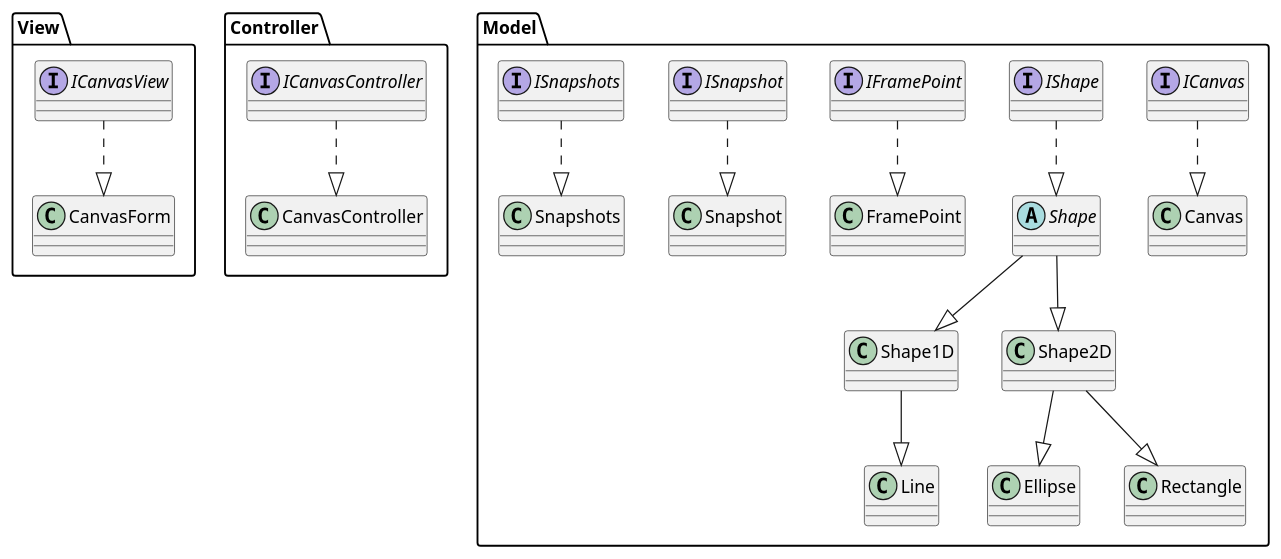
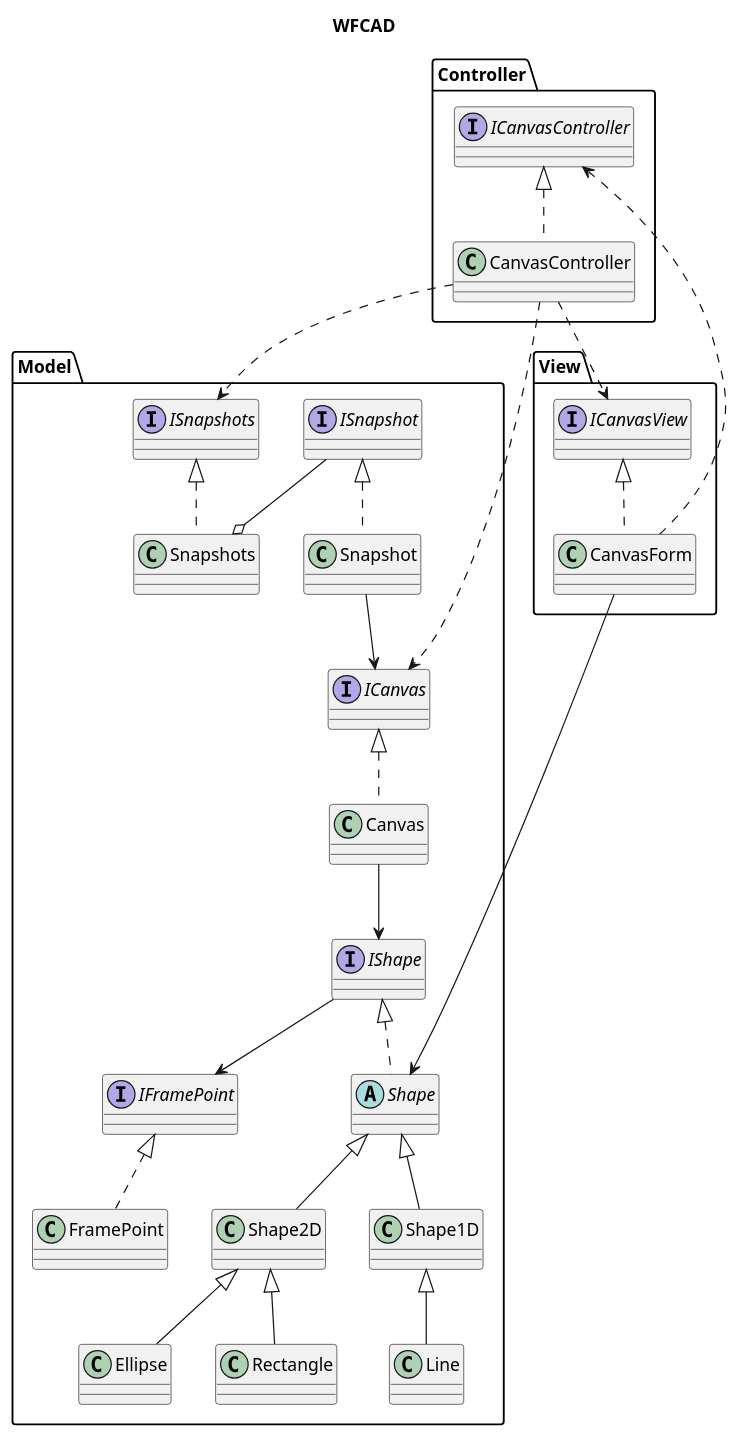
The diagram in WFCAD/class_diagram.pu (ko-kato-being/WFCAD), drawn with PlantUML before and after one commit. The commit also changed 3 other files, not shown here.

Commit message:
クラス図修正、リファクタ

```diff
--- a/WFCAD/class_diagram.pu
+++ b/WFCAD/class_diagram.pu
@@ -1,40 +1,51 @@
 @startuml WFCAD
+title WFCAD
 package View{
     Interface ICanvasView
     class CanvasForm
-    ICanvasView  ..|>  CanvasForm
+    ICanvasView  <|..  CanvasForm
 }
 Package Controller{
     Interface ICanvasController
     class CanvasController
-    ICanvasController  ..|>  CanvasController
+    ICanvasController  <|..  CanvasController
 }
 Package Model{
     interface ICanvas
     class Canvas
     interface IShape
     abstract class Shape
     class Shape1D
     class Shape2D
     class Line
     class Ellipse
     class Rectangle
     Interface IFramePoint
     class FramePoint
     interface ISnapshot
     class Snapshot
     interface ISnapshots
     class Snapshots
-    ICanvas  ..|>  Canvas
-    IShape  ..|>  Shape
-    Shape --|> Shape1D
-    Shape --|> Shape2D
-    Shape1D --|> Line
-    Shape2D--|> Ellipse
-    Shape2D--|> Rectangle
-    IFramePoint ..|> FramePoint
-    ISnapshot ..|> Snapshot
-    ISnapshots ..|> Snapshots
+    ICanvas  <|..  Canvas
+    IShape  <|..  Shape
+    Shape <|-- Shape1D
+    Shape <|-- Shape2D
+    Shape1D <|-- Line
+    Shape2D <|-- Ellipse
+    Shape2D <|-- Rectangle
+    IFramePoint <|.. FramePoint
+    ISnapshot <|.. Snapshot
+    ISnapshots <|.. Snapshots
+    Canvas --> IShape
+    ISnapshot --o Snapshots
+    Snapshot --> ICanvas
+    IShape --> IFramePoint
 
 }
+CanvasForm ..> ICanvasController
+CanvasForm --> Shape
+CanvasController ..> ICanvas
+CanvasController ..> ICanvasView
+CanvasController ..> ISnapshots
+
 @enduml
```
